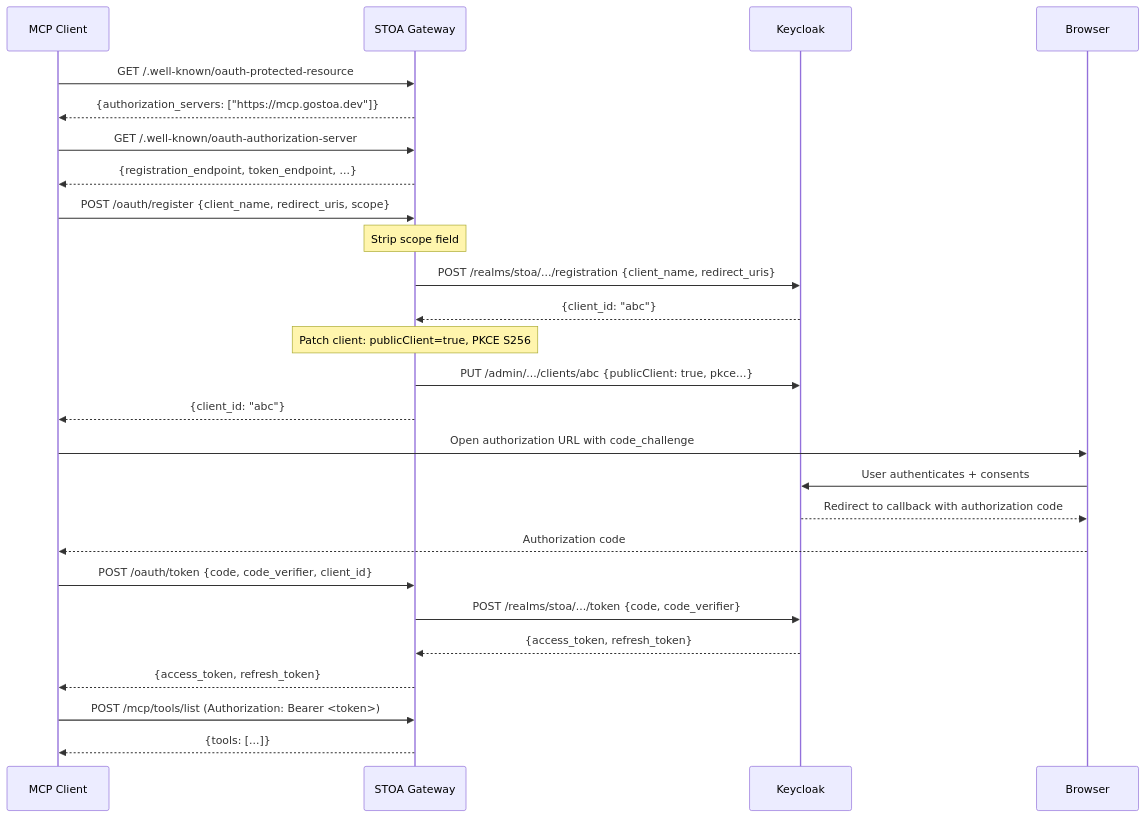
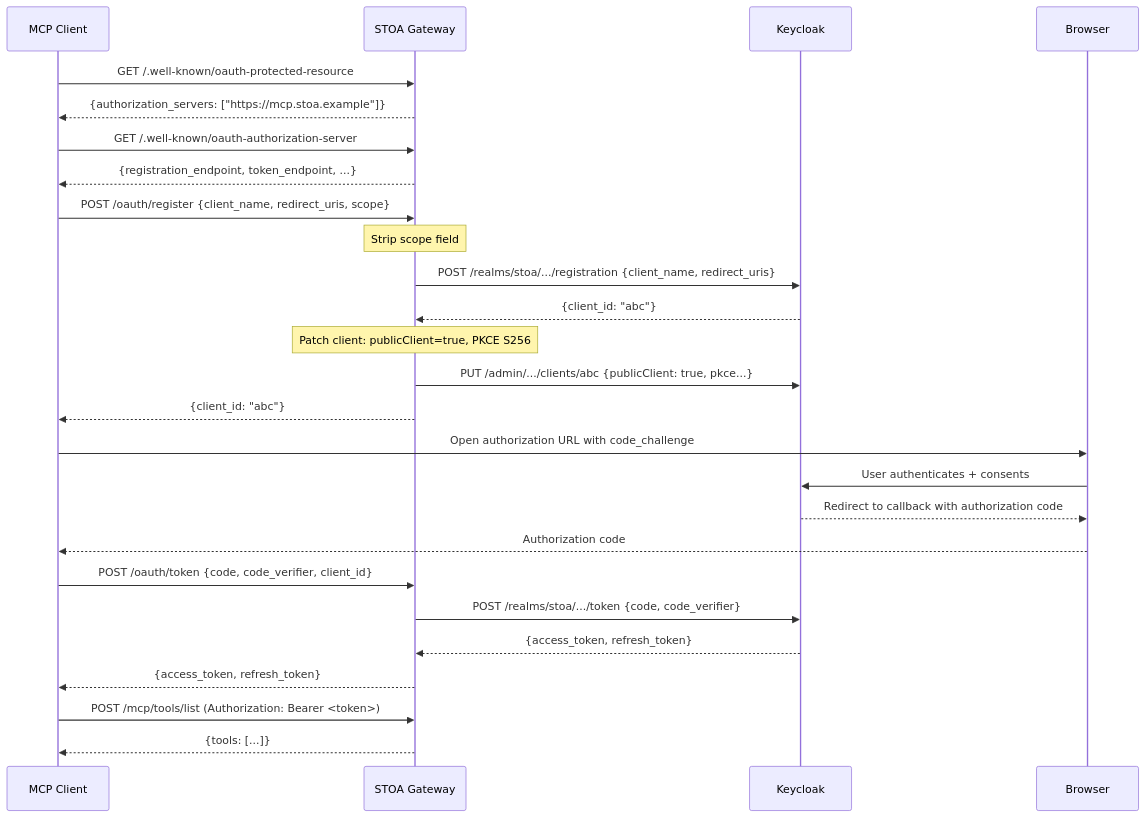
One commit to stoa-platform/stoa-docs changed the diagram in blog/2026-02-24-oauth-pkce-mcp-gateway.md. Above: the diagram before and after it, drawn with Mermaid. The commit also changed other lines of this file and 87 other files, not shown here.

````diff
--- a/blog/2026-02-24-oauth-pkce-mcp-gateway.md
+++ b/blog/2026-02-24-oauth-pkce-mcp-gateway.md
@@ -170,34 +170,34 @@
 ```mermaid
 sequenceDiagram
     participant C as MCP Client
     participant G as STOA Gateway
     participant K as Keycloak
     participant B as Browser
 
     C->>G: GET /.well-known/oauth-protected-resource
-    G-->>C: {authorization_servers: ["https://mcp.gostoa.dev"]}
+    G-->>C: {authorization_servers: ["https://mcp.stoa.example"]}
 
     C->>G: GET /.well-known/oauth-authorization-server
     G-->>C: {registration_endpoint, token_endpoint, ...}
 
     C->>G: POST /oauth/register {client_name, redirect_uris, scope}
     Note over G: Strip scope field
     G->>K: POST /realms/stoa/.../registration {client_name, redirect_uris}
     K-->>G: {client_id: "abc"}
     Note over G: Patch client: publicClient=true, PKCE S256
     G->>K: PUT /admin/.../clients/abc {publicClient: true, pkce...}
     G-->>C: {client_id: "abc"}
 
     C->>B: Open authorization URL with code_challenge
     B->>K: User authenticates + consents
     K-->>B: Redirect to callback with authorization code
     B-->>C: Authorization code
 
     C->>G: POST /oauth/token {code, code_verifier, client_id}
     G->>K: POST /realms/stoa/.../token {code, code_verifier}
     K-->>G: {access_token, refresh_token}
     G-->>C: {access_token, refresh_token}
 
     C->>G: POST /mcp/tools/list (Authorization: Bearer <token>)
     G-->>C: {tools: [...]}
 ```
````
